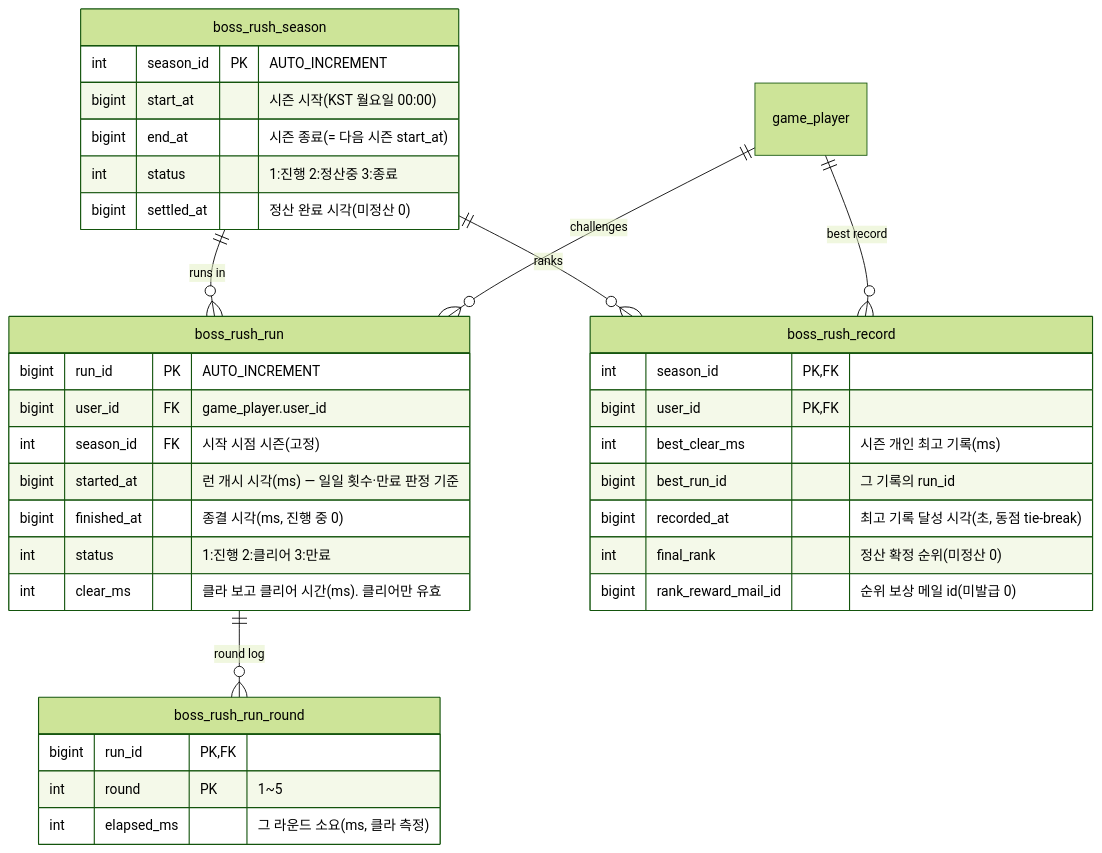
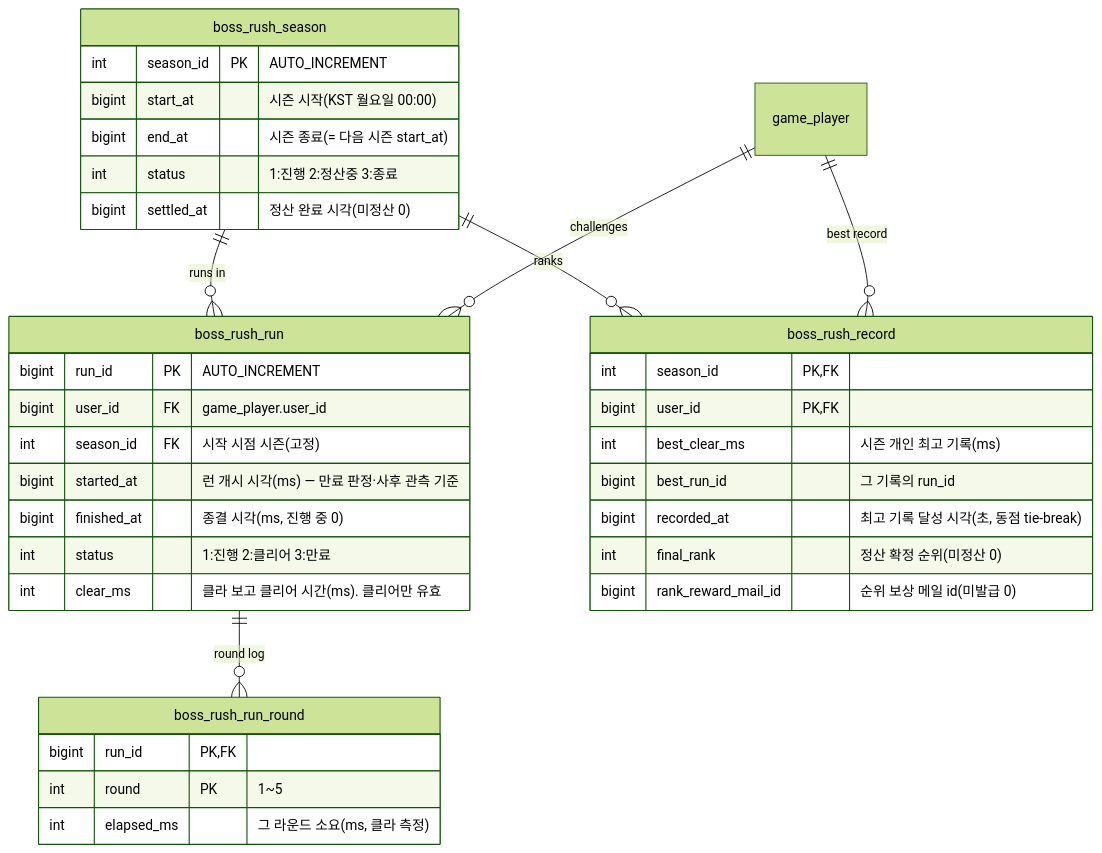
The diagram in docs/세부/boss-rush-기획서.md (ks-wook/com2us-taskbar-hero), drawn with Mermaid (forest theme) before and after one commit. The commit also changed other lines of this file and 15 other files, not shown here.

````diff
--- a/docs/세부/boss-rush-기획서.md
+++ b/docs/세부/boss-rush-기획서.md
@@ -153,42 +153,42 @@
 ```mermaid
 erDiagram
     boss_rush_season ||--o{ boss_rush_run    : "runs in"
     boss_rush_season ||--o{ boss_rush_record : "ranks"
     game_player      ||--o{ boss_rush_run    : challenges
     game_player      ||--o{ boss_rush_record : "best record"
     boss_rush_run    ||--o{ boss_rush_run_round : "round log"
 
     boss_rush_season {
         int     season_id PK "AUTO_INCREMENT"
         bigint  start_at "시즌 시작(KST 월요일 00:00)"
         bigint  end_at "시즌 종료(= 다음 시즌 start_at)"
         int     status "1:진행 2:정산중 3:종료"
         bigint  settled_at "정산 완료 시각(미정산 0)"
     }
 
     boss_rush_run {
         bigint  run_id PK "AUTO_INCREMENT"
         bigint  user_id FK "game_player.user_id"
         int     season_id FK "시작 시점 시즌(고정)"
-        bigint  started_at "런 개시 시각(ms) — 일일 횟수·만료 판정 기준"
+        bigint  started_at "런 개시 시각(ms) — 만료 판정·사후 관측 기준"
         bigint  finished_at "종결 시각(ms, 진행 중 0)"
         int     status "1:진행 2:클리어 3:만료"
         int     clear_ms "클라 보고 클리어 시간(ms). 클리어만 유효"
     }
 
     boss_rush_run_round {
         bigint  run_id PK,FK
         int     round PK "1~5"
         int     elapsed_ms "그 라운드 소요(ms, 클라 측정)"
     }
 
     boss_rush_record {
         int     season_id PK,FK
         bigint  user_id PK,FK
         int     best_clear_ms "시즌 개인 최고 기록(ms)"
         bigint  best_run_id "그 기록의 run_id"
         bigint  recorded_at "최고 기록 달성 시각(초, 동점 tie-break)"
         int     final_rank "정산 확정 순위(미정산 0)"
         bigint  rank_reward_mail_id "순위 보상 메일 id(미발급 0)"
     }
 ```
````
